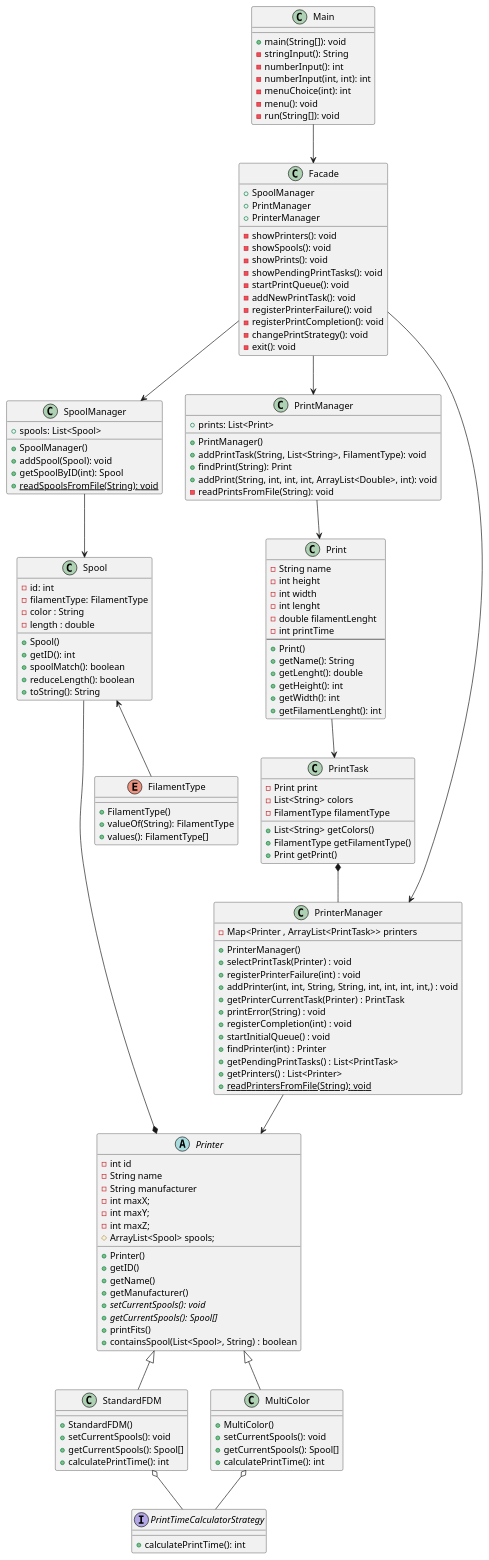
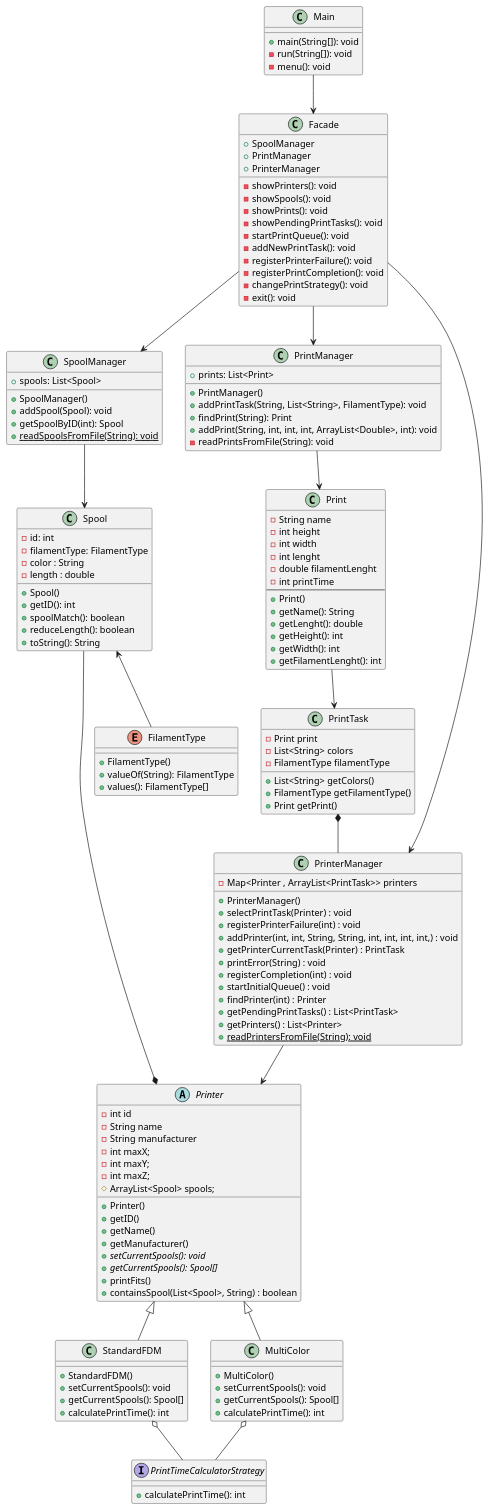
The diagram in docs/Diagrams/full diagrams/Class Diagram 2.1 1part.puml (rtavares14/System-Design), drawn with PlantUML before and after one commit. The commit also changed 1 other file, not shown here.

```diff
--- a/docs/Diagrams/full diagrams/Class Diagram 2.1 1part.puml
+++ b/docs/Diagrams/full diagrams/Class Diagram 2.1 1part.puml
@@ -1,163 +1,159 @@
 @startuml
 'https://plantuml.com/sequence-diagram
 
 class Main {
     + main(String[]): void
-    - stringInput(): String
-    - numberInput(): int
-    - numberInput(int, int): int
-    - menuChoice(int): int
+    - run(String[]): void
     - menu(): void
-    - run(String[]): void
 }
 
 class Facade {
     + SpoolManager
     + PrintManager
     + PrinterManager
     - showPrinters(): void
     - showSpools(): void
     - showPrints(): void
     - showPendingPrintTasks(): void
     - startPrintQueue(): void
     - addNewPrintTask(): void
     - registerPrinterFailure(): void
     - registerPrintCompletion(): void
     - changePrintStrategy(): void
     - exit(): void
 }
 
 class PrintManager {
     + PrintManager()
     + addPrintTask(String, List<String>, FilamentType): void
     + findPrint(String): Print
     + addPrint(String, int, int, int, ArrayList<Double>, int): void
     - readPrintsFromFile(String): void
     + prints: List<Print>
 }
 
 class SpoolManager {
     + SpoolManager()
     + addSpool(Spool): void
     + getSpoolByID(int): Spool
     + {static} readSpoolsFromFile(String): void
     + spools: List<Spool>
 }
 
 class PrinterManager {
        - Map<Printer , ArrayList<PrintTask>> printers
        + PrinterManager()
        + selectPrintTask(Printer) : void
        + registerPrinterFailure(int) : void
        + addPrinter(int, int, String, String, int, int, int, int,) : void
        + getPrinterCurrentTask(Printer) : PrintTask
        + printError(String) : void
        + registerCompletion(int) : void
      + startInitialQueue() : void
      + findPrinter(int) : Printer
      + getPendingPrintTasks() : List<PrintTask>
      + getPrinters() : List<Printer>
      + {static}readPrintersFromFile(String): void
 }
 
 abstract class Printer{
 - int id
 - String name
 - String manufacturer
 - int maxX;
 - int maxY;
 - int maxZ;
 # ArrayList<Spool> spools;
 + Printer()
 + getID()
 + getName()
 + getManufacturer()
 + {abstract} setCurrentSpools(): void
 + {abstract} getCurrentSpools(): Spool[]
 + printFits()
 + containsSpool(List<Spool>, String) : boolean
 }
 class StandardFDM{
 + StandardFDM()
 + setCurrentSpools(): void
 + getCurrentSpools(): Spool[]
 + calculatePrintTime(): int
 }
 class MultiColor{
 + MultiColor()
 + setCurrentSpools(): void
 + getCurrentSpools(): Spool[]
 + calculatePrintTime(): int
 }
 
 interface PrintTimeCalculatorStrategy{
  + calculatePrintTime(): int
 }
 
 
 class Print{
 - String name
 - int height
 - int width
 - int lenght
 - double filamentLenght
 - int printTime
 ---
 + Print()
 + getName(): String
 + getLenght(): double
 + getHeight(): int
 + getWidth(): int
 + getFilamentLenght(): int
 }
 
 class PrintTask{
 - Print print
 - List<String> colors
 - FilamentType filamentType
 + List<String> getColors()
 + FilamentType getFilamentType()
 + Print getPrint()
 }
 
 class Spool{
     + Spool()
     - id: int
     - filamentType: FilamentType
     - color : String
     - length : double
     + getID(): int
     + spoolMatch(): boolean
     + reduceLength(): boolean
     + toString(): String
 }
 
 enum FilamentType{
   + FilamentType()
   + valueOf(String): FilamentType
   + values(): FilamentType[]
 }
 
 
 Main -down-> Facade
 
 Facade -down-> SpoolManager
 SpoolManager -down-> Spool
 Spool <-- FilamentType
 Spool --* Printer
 
 Facade -down-> PrintManager
 PrintManager -down-> Print
 Print -down-> PrintTask
 PrintTask *-- PrinterManager
 
 Facade -down-> PrinterManager
 PrinterManager -down-> Printer
 Printer <|-- StandardFDM
 Printer <|-- MultiColor
 StandardFDM o-- PrintTimeCalculatorStrategy
 MultiColor o-- PrintTimeCalculatorStrategy
 
 
 
 @enduml
```
